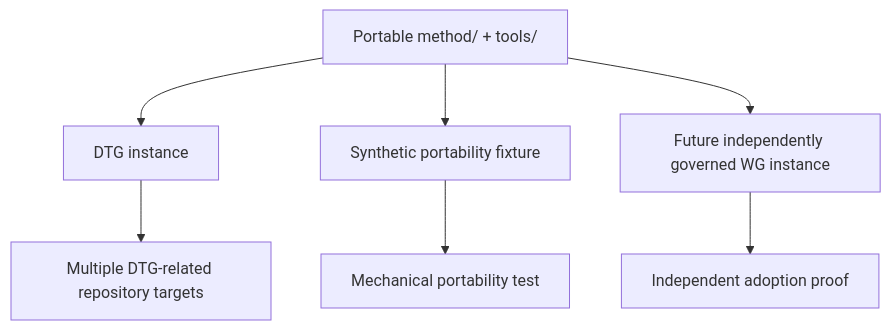
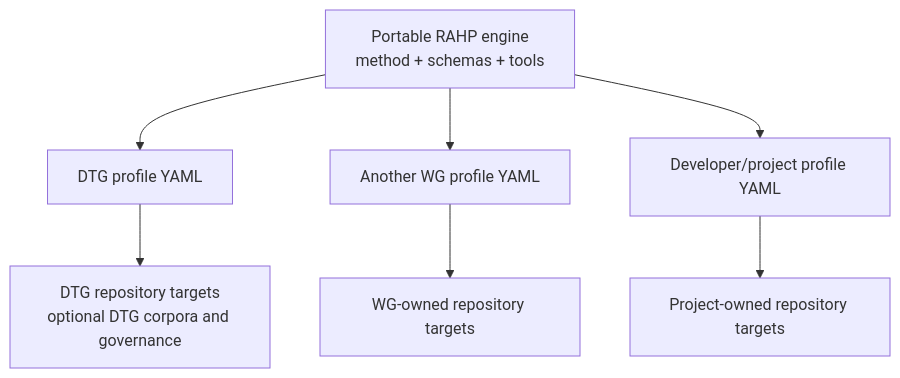
Before and after one commit to sankarshanmukhopadhyay/dtgwg-rahp-tf: the diagram in docs/portability.md, drawn with Mermaid. The commit also changed other lines of this file and 17 other files, not shown here.

First line of the commit message:
feat: release RAHP v0.5.0 with configuration-driven portability

````diff
--- a/docs/portability.md
+++ b/docs/portability.md
@@ -25,9 +11,9 @@
 ```mermaid
 flowchart TD
-    M[Portable method/ + tools/] --> D[DTG instance]
-    M --> X[Synthetic portability fixture]
-    M --> W[Future independently governed WG instance]
-    D --> R1[Multiple DTG-related repository targets]
-    X --> R2[Mechanical portability test]
-    W --> R3[Independent adoption proof]
+    E[Portable RAHP engine<br/>method + schemas + tools] --> C1[DTG profile YAML]
+    E --> C2[Another WG profile YAML]
+    E --> C3[Developer/project profile YAML]
+    C1 --> D[DTG repository targets<br/>optional DTG corpora and governance]
+    C2 --> W[WG-owned repository targets]
+    C3 --> P[Project-owned repository targets]
 ```
````
